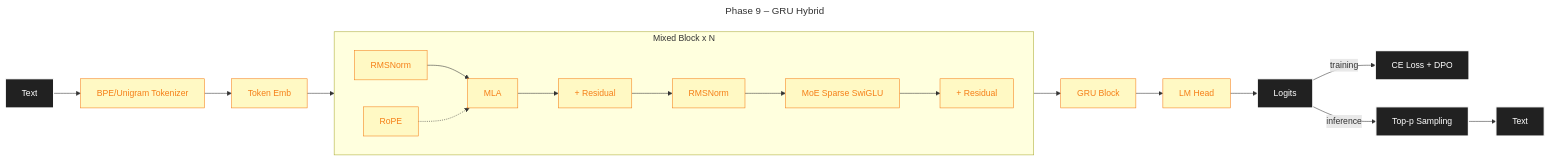
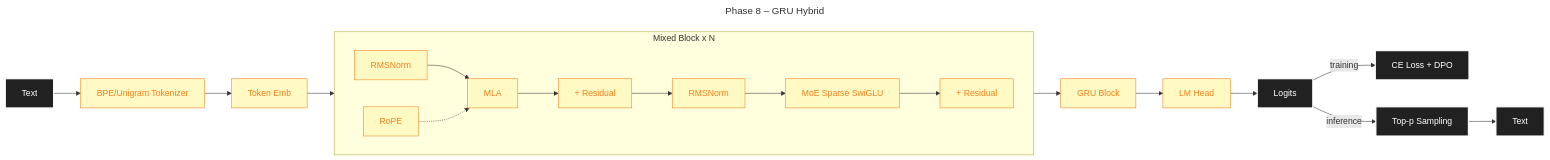
Before and after one commit to maxjbarfuss/max_llm: the sixth of 7 diagrams in docs/DESIGN.md, drawn with Mermaid. The commit also changed other lines of this file and 2 other files, not shown here.

First line of the commit message:
Consolidate phases 3+4 into single Phase 3, renumber 5-9 to 4-8

````diff
--- a/docs/DESIGN.md
+++ b/docs/DESIGN.md
@@ -128,17 +109,17 @@
 ```mermaid
 ---
-title: Phase 9 – GRU Hybrid
+title: Phase 8 – GRU Hybrid
 ---
 graph LR
-    A[Text]:::io --> B[BPE/Unigram Tokenizer]:::p9 --> C[Token Emb]:::p9 --> Block
+    A[Text]:::io --> B[BPE/Unigram Tokenizer]:::p8 --> C[Token Emb]:::p8 --> Block
     subgraph Block[Mixed Block x N]
         direction LR
-        D[RMSNorm]:::p9 --> E[MLA]:::p9 --> F[+ Residual]:::p9 --> G[RMSNorm]:::p9 --> H[MoE Sparse SwiGLU]:::p9 --> I[+ Residual]:::p9
-        RoPE:::p9 -.-> E
+        D[RMSNorm]:::p8 --> E[MLA]:::p8 --> F[+ Residual]:::p8 --> G[RMSNorm]:::p8 --> H[MoE Sparse SwiGLU]:::p8 --> I[+ Residual]:::p8
+        RoPE:::p8 -.-> E
     end
-    Block --> GRU[GRU Block]:::p9 --> J[LM Head]:::p9 --> K[Logits]:::io
+    Block --> GRU[GRU Block]:::p8 --> J[LM Head]:::p8 --> K[Logits]:::io
     K -->|training| L[CE Loss + DPO]:::io
     K -->|inference| M[Top-p Sampling]:::io --> N[Text]:::io
     classDef io fill:#212121,stroke:#FFFFFF,color:#FFFFFF,stroke-width:2px
-    classDef p9 fill:#FFF9C4,stroke:#F57F17,color:#F57F17
+    classDef p8 fill:#FFF9C4,stroke:#F57F17,color:#F57F17
 ```
````
